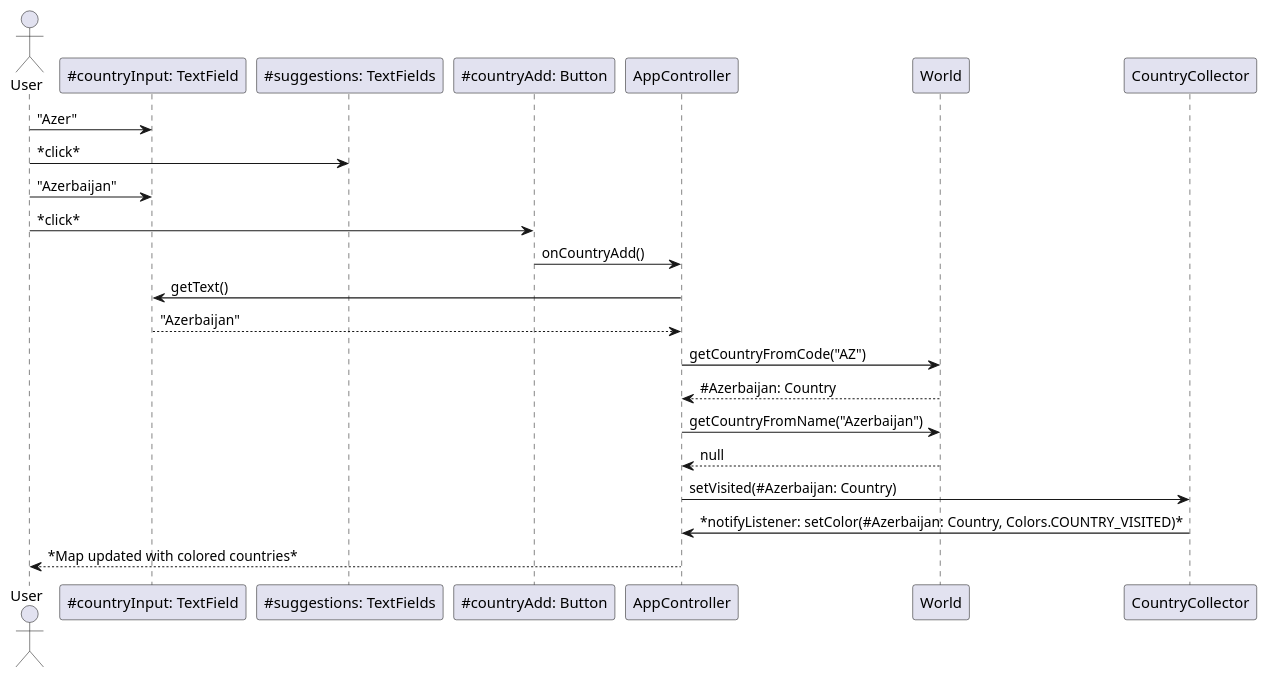
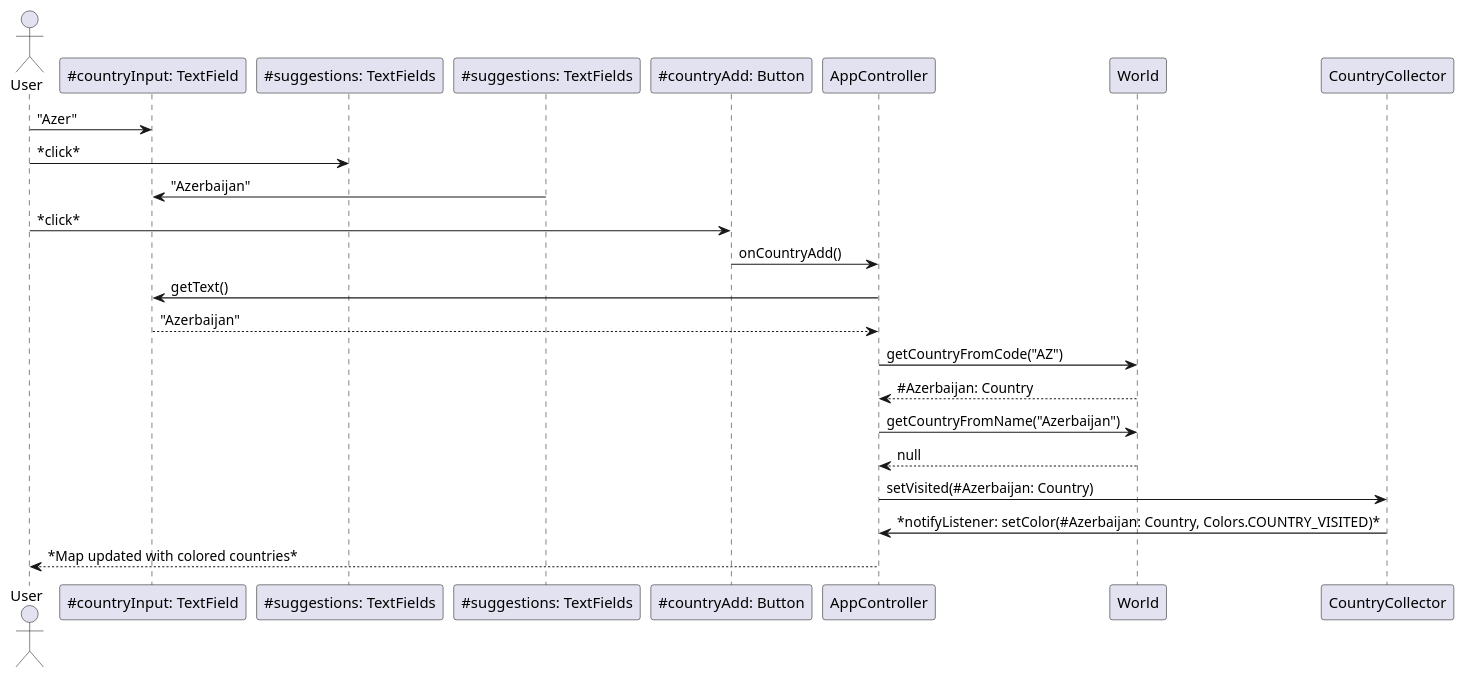
Before and after one commit to dotClique/globingular: the third of 4 diagrams in userStories/README.md, drawn with PlantUML.

Commit message:
Make change to plantuml diagram for user story 5

````diff
--- a/userStories/README.md
+++ b/userStories/README.md
@@ -60,18 +60,18 @@
 ```plantuml
 
 actor User
 User -> "~#countryInput: TextField" as countryInput: "Azer"
 User -> "~#suggestions: TextFields" as suggestions: *click*
-User -> "~#suggestions: TextFields" as countryInput: "Azerbaijan"
+"~#suggestions: TextFields" -> countryInput: "Azerbaijan"
 User -> "~#countryAdd: Button" as countryAdd: *click*
 countryAdd -> AppController: onCountryAdd()
 AppController -> countryInput: getText()
 return "Azerbaijan"
 AppController -> World: getCountryFromCode("AZ")
 return ~#Azerbaijan: Country
 AppController -> World: getCountryFromName("Azerbaijan")
 return null
 AppController -> CountryCollector: setVisited(#Azerbaijan: Country)
 CountryCollector -> AppController: *notifyListener: setColor(#Azerbaijan: Country, Colors.COUNTRY_VISITED)*
 AppController --> User: *Map updated with colored countries*
 ```
````
